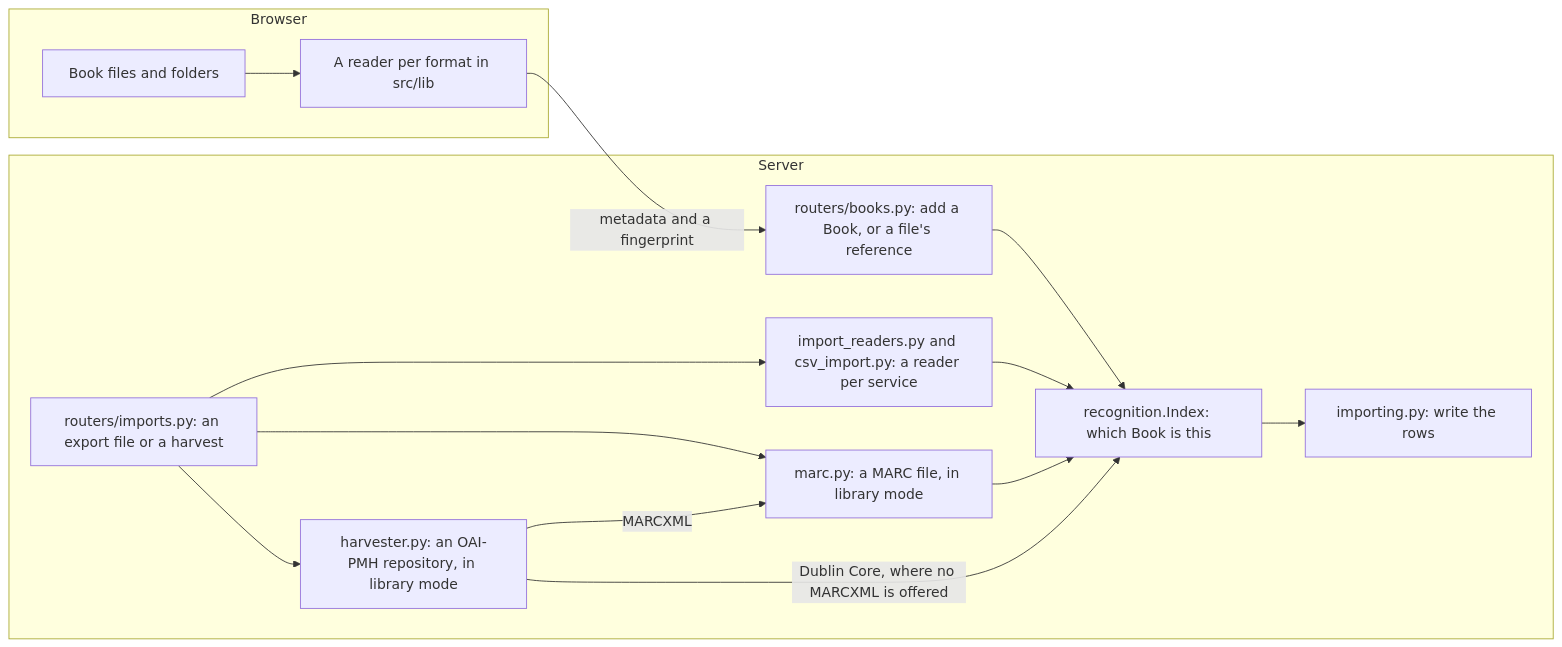
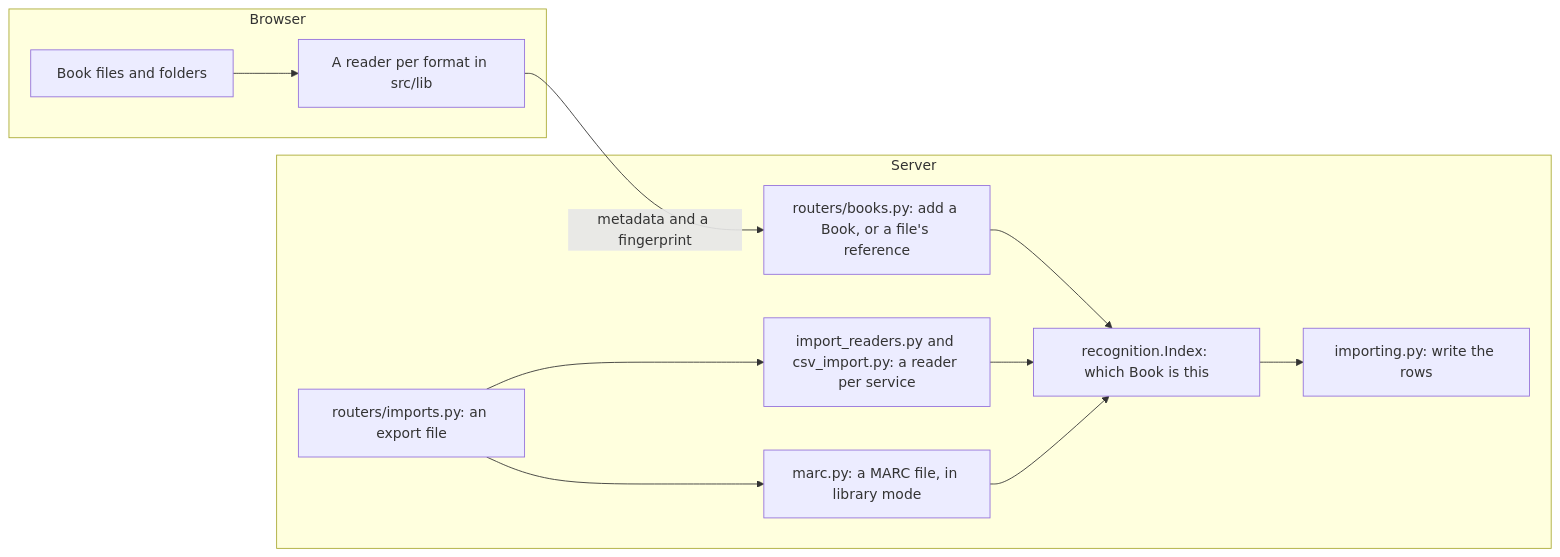
One commit to f-klement/endpaper changed the seventh of 10 diagrams in docs/architecture.md. Above: the diagram before and after it, drawn with Mermaid. The commit also changed other lines of this file and 361 other files, not shown here.

````diff
--- a/docs/architecture.md
+++ b/docs/architecture.md
@@ -533,24 +507,20 @@
 ```mermaid
 flowchart LR
   subgraph browser ["Browser"]
     files["Book files and folders"]
     readers["A reader per format in src/lib"]
   end
   subgraph server ["Server"]
     books["routers/books.py: add a Book, or a file's reference"]
-    exports["routers/imports.py: an export file or a harvest"]
+    exports["routers/imports.py: an export file"]
     importreaders["import_readers.py and csv_import.py: a reader per service"]
-    harvester["harvester.py: an OAI-PMH repository, in library mode"]
     marc["marc.py: a MARC file, in library mode"]
     recognition["recognition.Index: which Book is this"]
     importing["importing.py: write the rows"]
   end
   files --> readers
   readers -->|"metadata and a fingerprint"| books --> recognition
   exports --> importreaders --> recognition
   exports --> marc --> recognition
-  exports --> harvester
-  harvester -->|"MARCXML"| marc
-  harvester -->|"Dublin Core, where no MARCXML is offered"| recognition
   recognition --> importing
 ```
````
